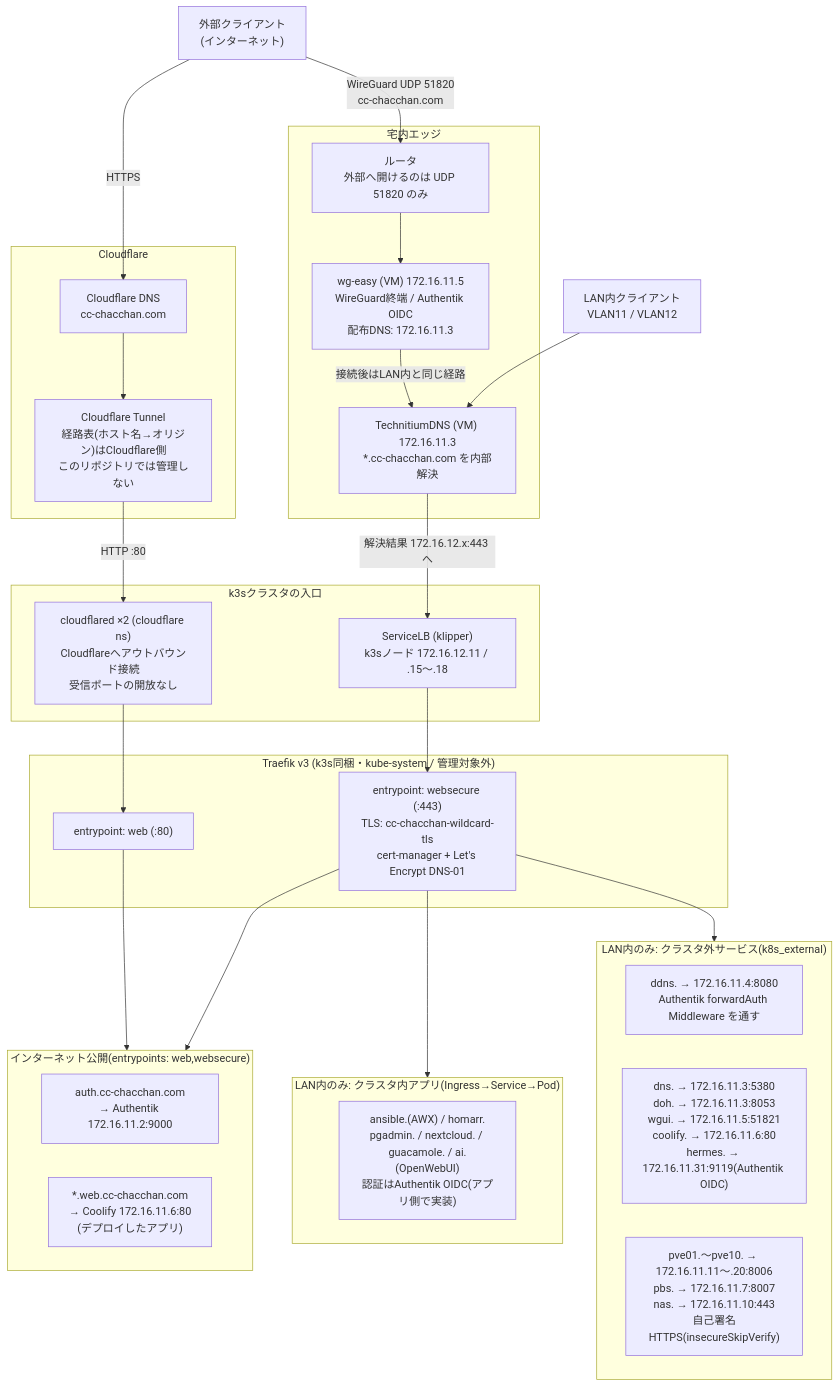
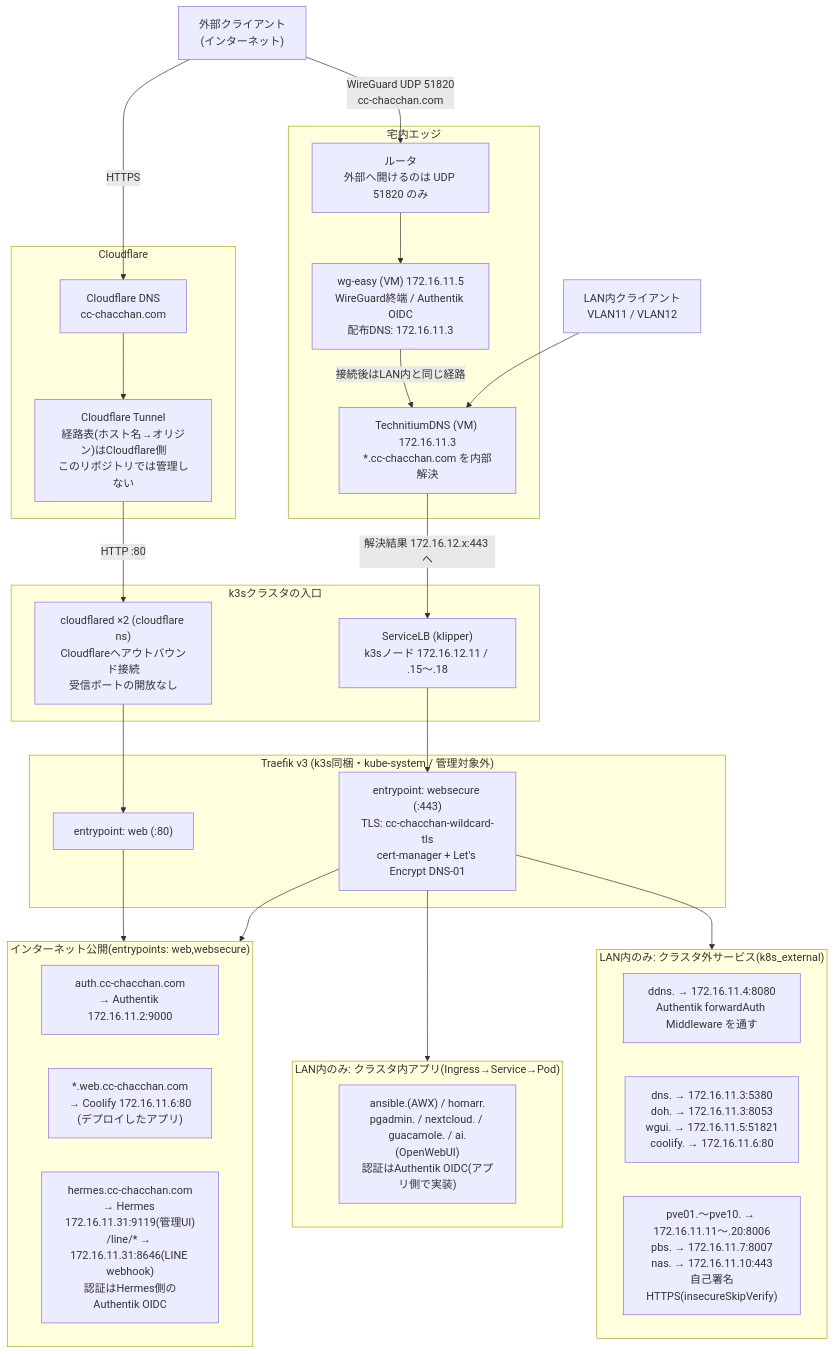
The second of 2 diagrams in infrastructure.md (CHACCHAN/infrastructure), drawn with Mermaid before and after one commit. The commit also changed 61 other files, not shown here.

````diff
--- a/infrastructure.md
+++ b/infrastructure.md
@@ -96,54 +96,55 @@
 ```mermaid
 flowchart TB
   C_EXT["外部クライアント<br>(インターネット)"]
   C_LAN["LAN内クライアント<br>VLAN11 / VLAN12"]
 
   subgraph cloudflare["Cloudflare"]
     CF_DNS["Cloudflare DNS<br>cc-chacchan.com"]
     CF_TUNNEL["Cloudflare Tunnel<br>経路表(ホスト名→オリジン)はCloudflare側<br>このリポジトリでは管理しない"]
   end
 
   subgraph edge["宅内エッジ"]
     ROUTER["ルータ<br>外部へ開けるのは UDP 51820 のみ"]
     WG["wg-easy (VM) 172.16.11.5<br>WireGuard終端 / Authentik OIDC<br>配布DNS: 172.16.11.3"]
     DNS["TechnitiumDNS (VM) 172.16.11.3<br>*.cc-chacchan.com を内部解決"]
   end
 
   subgraph entry["k3sクラスタの入口"]
     CFD["cloudflared ×2 (cloudflare ns)<br>Cloudflareへアウトバウンド接続<br>受信ポートの開放なし"]
     SLB["ServiceLB (klipper)<br>k3sノード 172.16.12.11 / .15〜.18"]
   end
 
   subgraph traefik["Traefik v3 (k3s同梱・kube-system / 管理対象外)"]
     EP_WEB["entrypoint: web (:80)"]
     EP_SEC["entrypoint: websecure (:443)<br>TLS: cc-chacchan-wildcard-tls<br>cert-manager + Let's Encrypt DNS-01"]
   end
 
   subgraph pub["インターネット公開(entrypoints: web,websecure)"]
     H_AUTH["auth.cc-chacchan.com<br>→ Authentik 172.16.11.2:9000"]
     H_WEB["*.web.cc-chacchan.com<br>→ Coolify 172.16.11.6:80<br>(デプロイしたアプリ)"]
+    H_HERMES["hermes.cc-chacchan.com<br>→ Hermes 172.16.11.31:9119(管理UI)<br>/line/* → 172.16.11.31:8646(LINE webhook)<br>認証はHermes側のAuthentik OIDC"]
   end
 
   subgraph lan_app["LAN内のみ: クラスタ内アプリ(Ingress→Service→Pod)"]
     A_APPS["ansible.(AWX) / homarr.<br>pgadmin. / nextcloud. / guacamole. / ai.(OpenWebUI)<br>認証はAuthentik OIDC(アプリ側で実装)"]
   end
 
   subgraph lan_ext["LAN内のみ: クラスタ外サービス(k8s_external)"]
     E_FWD["ddns. → 172.16.11.4:8080<br>Authentik forwardAuth Middleware を通す"]
-    E_NET["dns. → 172.16.11.3:5380<br>doh. → 172.16.11.3:8053<br>wgui. → 172.16.11.5:51821<br>coolify. → 172.16.11.6:80<br>hermes. → 172.16.11.31:9119(Authentik OIDC)"]
+    E_NET["dns. → 172.16.11.3:5380<br>doh. → 172.16.11.3:8053<br>wgui. → 172.16.11.5:51821<br>coolify. → 172.16.11.6:80"]
     E_INFRA["pve01.〜pve10. → 172.16.11.11〜.20:8006<br>pbs. → 172.16.11.7:8007<br>nas. → 172.16.11.10:443<br>自己署名HTTPS(insecureSkipVerify)"]
   end
 
   C_EXT -->|"HTTPS"| CF_DNS
   C_EXT -->|"WireGuard UDP 51820<br>cc-chacchan.com"| ROUTER
   CF_DNS --> CF_TUNNEL
   CF_TUNNEL -->|"HTTP :80"| CFD
   CFD --> EP_WEB
   ROUTER --> WG
   WG -->|"接続後はLAN内と同じ経路"| DNS
   C_LAN --> DNS
   DNS -->|"解決結果 172.16.12.x:443 へ"| SLB
   SLB --> EP_SEC
   EP_WEB --> pub
   EP_SEC --> pub & lan_app & lan_ext
 ```
````
